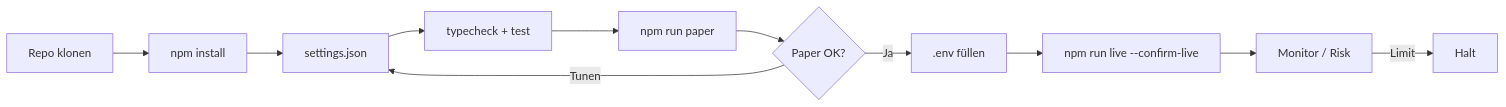
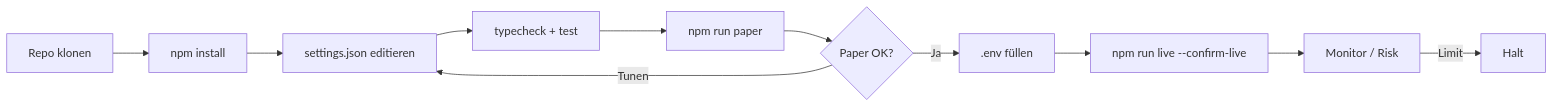
One commit to Drift-Trading-Lab/drift-protocol-perp-trading-bot changed the first of 3 diagrams in README.de.md. Above: the diagram before and after it, drawn with Mermaid. The commit also changed other lines of this file and 4 other files, not shown here.

````diff
--- a/README.de.md
+++ b/README.de.md
@@ -31,13 +32,13 @@
 ```mermaid
 flowchart LR
   A[Repo klonen] --> B[npm install]
-  B --> C[settings.json]
+  B --> C[settings.json editieren]
   C --> D[typecheck + test]
   D --> E[npm run paper]
   E --> F{Paper OK?}
   F -->|Ja| G[.env füllen]
   F -->|Tunen| C
   G --> H[npm run live --confirm-live]
   H --> I[Monitor / Risk]
   I -->|Limit| J[Halt]
 ```
````
